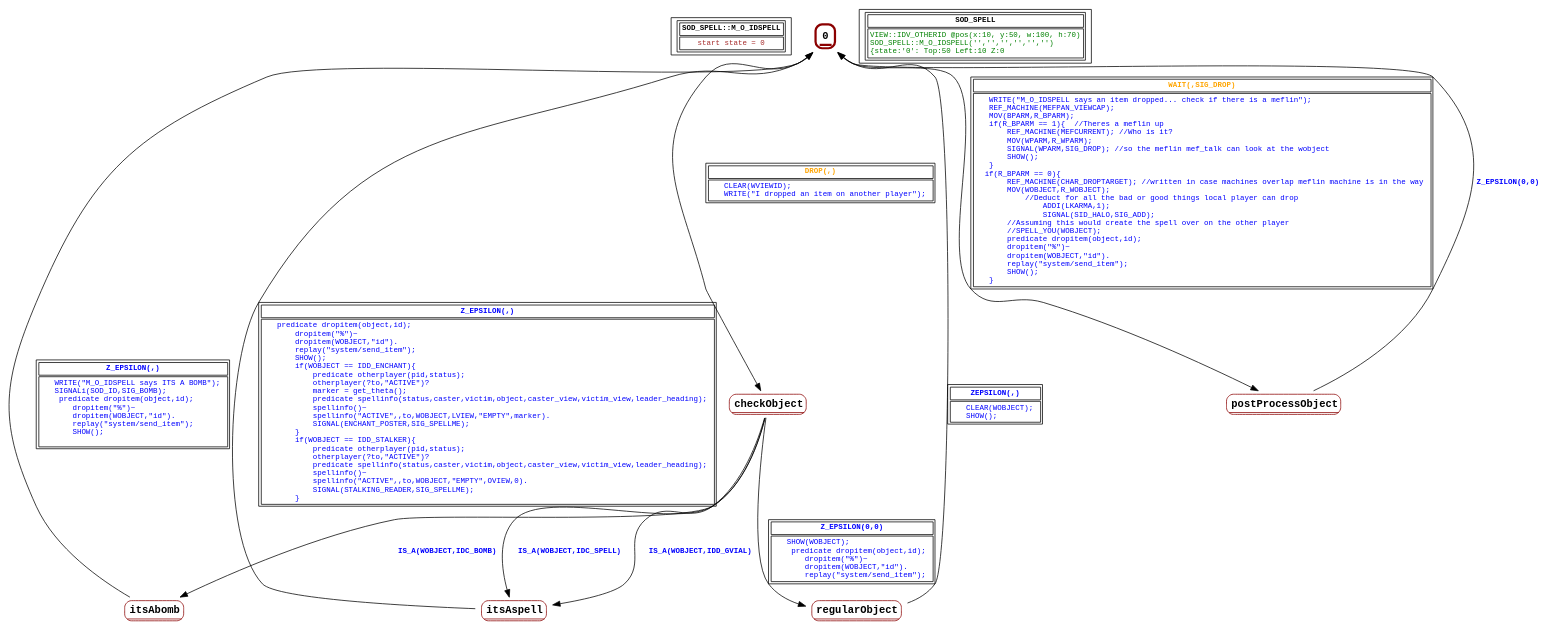
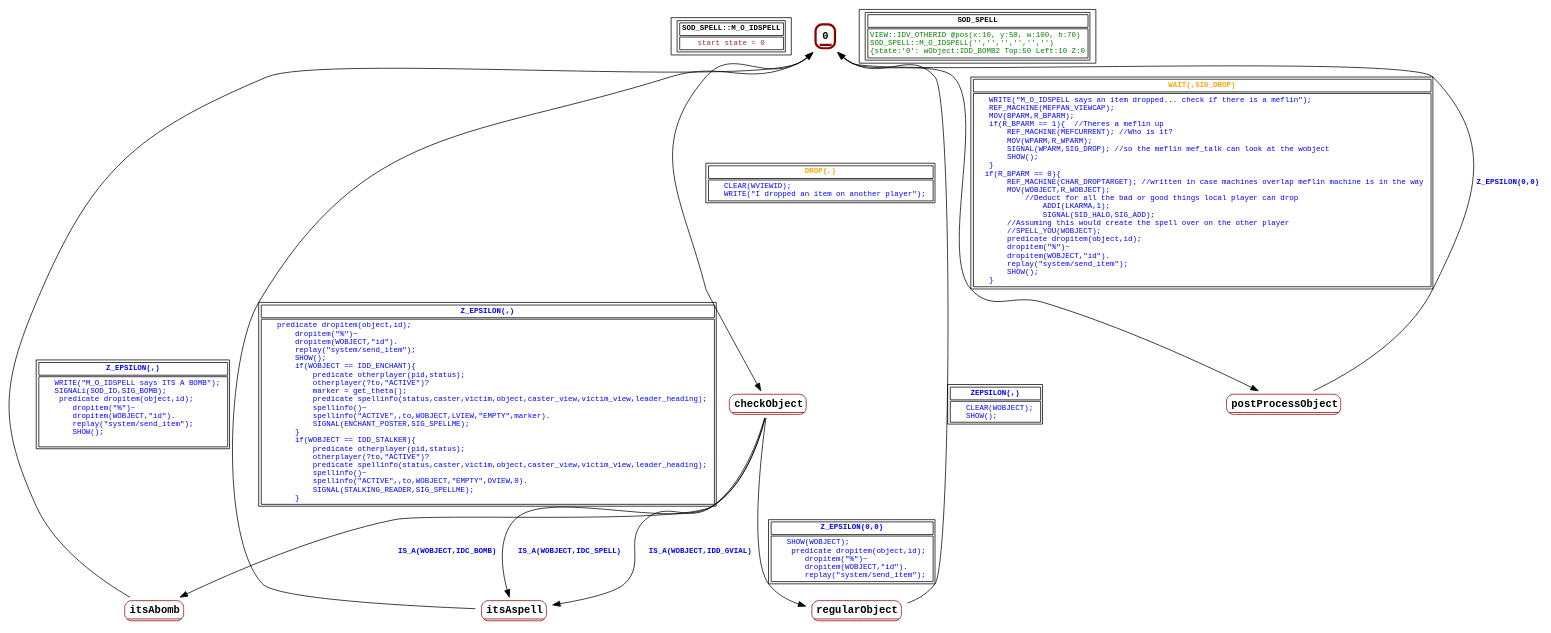
The diagram in graphs/SOD_SPELL.dot (guy-stewart/AzariaCD), drawn with Graphviz before and after one commit. The commit also changed 26 other files, not shown here.

```diff
--- a/graphs/SOD_SPELL.dot
+++ b/graphs/SOD_SPELL.dot
@@ -1,52 +1,52 @@
 digraph Automaton {
  fontname="Courier New"
 	node [shape=oval, fontname="Courier New"];
 	filename[shape = record, fontsize=10, label=< <table border="1"><tr><td><b>SOD_SPELL::M_O_IDSPELL<br align="left"/></b></td></tr>
 <tr><td><font point-size="10" color ="brown">start state = 0<br align="left"/></font></td></tr></table>>
 ];
 	0[shape = none, fontsize=14, label=< <table border="3" color="darkred" style="rounded"><tr><td sides="b"><b>0<br align="left"/></b></td></tr>
 </table>>];
 "0" -> "checkObject" [fontcolor=orange,fontsize=10,fontname="Courier New", label=< <table border="1"><tr><td><b>DROP(,)<br align="left"/></b></td></tr>
 <tr><td><font point-size="10" color ="blue">    CLEAR(WVIEWID);<br align="left"/>    WRITE(&quot;I dropped an item on another player&quot;);<br align="left"/></font></td></tr></table>>
 ];
 "0" -> "postProcessObject" [fontcolor=orange,fontsize=10,fontname="Courier New", label=< <table border="1"><tr><td><b>WAIT(,SIG_DROP)<br align="left"/></b></td></tr>
 <tr><td><font point-size="10" color ="blue">    WRITE(&quot;M_O_IDSPELL says an item dropped... check if there is a meflin&quot;);<br align="left"/>    REF_MACHINE(MEFPAN_VIEWCAP);<br align="left"/>    MOV(BPARM,R_BPARM);<br align="left"/>    if(R_BPARM == 1)&#123;  //Theres a meflin up<br align="left"/>        REF_MACHINE(MEFCURRENT); //Who is it?<br align="left"/>        MOV(WPARM,R_WPARM);<br align="left"/>        SIGNAL(WPARM,SIG_DROP); //so the meflin mef_talk can look at the wobject<br align="left"/>        SHOW();<br align="left"/>    &#125;<br align="left"/>   if(R_BPARM == 0)&#123;<br align="left"/>        REF_MACHINE(CHAR_DROPTARGET); //written in case machines overlap meflin machine is in the way<br align="left"/>        MOV(WOBJECT,R_WOBJECT);<br align="left"/>            //Deduct for all the bad or good things local player can drop <br align="left"/>                ADDI(LKARMA,1); <br align="left"/>                SIGNAL(SID_HALO,SIG_ADD);<br align="left"/>        //Assuming this would create the spell over on the other player<br align="left"/>        //SPELL_YOU(WOBJECT);<br align="left"/>        predicate dropitem(object,id);<br align="left"/>        dropitem(&quot;%&quot;)~<br align="left"/>        dropitem(WOBJECT,&quot;id&quot;).<br align="left"/>        replay(&quot;system/send_item&quot;);<br align="left"/>        SHOW();<br align="left"/>    &#125; <br align="left"/></font></td></tr></table>>
 ];
 	checkObject[shape = none, fontsize=14, label=< <table border="1" color="darkred" style="rounded"><tr><td sides="b"><b>checkObject<br align="left"/></b></td></tr>
 </table>>];
 "checkObject" -> "itsAbomb" [fontcolor=blue,fontsize=10,fontname="Courier New", label=< <table border="0"><tr><td><b>IS_A(WOBJECT,IDC_BOMB)<br align="left"/></b></td></tr>
 </table>>
 ];
 "checkObject" -> "itsAspell" [fontcolor=blue,fontsize=10,fontname="Courier New", label=< <table border="0"><tr><td><b>IS_A(WOBJECT,IDC_SPELL)<br align="left"/></b></td></tr>
 </table>>
 ];
 "checkObject" -> "itsAspell" [fontcolor=blue,fontsize=10,fontname="Courier New", label=< <table border="0"><tr><td><b>IS_A(WOBJECT,IDD_GVIAL)<br align="left"/></b></td></tr>
 </table>>
 ];
 "checkObject" -> "regularObject" [fontcolor=blue,fontsize=10,fontname="Courier New", label=< <table border="1"><tr><td><b>Z_EPSILON(0,0)<br align="left"/></b></td></tr>
 <tr><td><font point-size="10" color ="blue">    SHOW(WOBJECT);<br align="left"/>     predicate dropitem(object,id);<br align="left"/>        dropitem(&quot;%&quot;)~<br align="left"/>        dropitem(WOBJECT,&quot;id&quot;).<br align="left"/>        replay(&quot;system/send_item&quot;);<br align="left"/></font></td></tr></table>>
 ];
 	itsAbomb[shape = none, fontsize=14, label=< <table border="1" color="darkred" style="rounded"><tr><td sides="b"><b>itsAbomb<br align="left"/></b></td></tr>
 </table>>];
 "itsAbomb" -> "0" [fontcolor=blue,fontsize=10,fontname="Courier New", label=< <table border="1"><tr><td><b>Z_EPSILON(,)<br align="left"/></b></td></tr>
 <tr><td><font point-size="10" color ="blue">    WRITE(&quot;M_O_IDSPELL says ITS A BOMB&quot;);<br align="left"/>    SIGNALi(SOD_ID,SIG_BOMB);<br align="left"/>     predicate dropitem(object,id);<br align="left"/>        dropitem(&quot;%&quot;)~<br align="left"/>        dropitem(WOBJECT,&quot;id&quot;).<br align="left"/>        replay(&quot;system/send_item&quot;);<br align="left"/>        SHOW();<br align="left"/>    <br align="left"/></font></td></tr></table>>
 ];
 	itsAspell[shape = none, fontsize=14, label=< <table border="1" color="darkred" style="rounded"><tr><td sides="b"><b>itsAspell<br align="left"/></b></td></tr>
 </table>>];
 "itsAspell" -> "0" [fontcolor=blue,fontsize=10,fontname="Courier New", label=< <table border="1"><tr><td><b>Z_EPSILON(,)<br align="left"/></b></td></tr>
 <tr><td><font point-size="10" color ="blue">    predicate dropitem(object,id);<br align="left"/>        dropitem(&quot;%&quot;)~<br align="left"/>        dropitem(WOBJECT,&quot;id&quot;).<br align="left"/>        replay(&quot;system/send_item&quot;);<br align="left"/>        SHOW();<br align="left"/>        if(WOBJECT == IDD_ENCHANT)&#123;<br align="left"/>            predicate otherplayer(pid,status);<br align="left"/>            otherplayer(?to,&quot;ACTIVE&quot;)?<br align="left"/>            marker = get_theta(); <br align="left"/>            predicate spellinfo(status,caster,victim,object,caster_view,victim_view,leader_heading);<br align="left"/>            spellinfo()~<br align="left"/>            spellinfo(&quot;ACTIVE&quot;,,to,WOBJECT,LVIEW,&quot;EMPTY&quot;,marker).<br align="left"/>            SIGNAL(ENCHANT_POSTER,SIG_SPELLME);<br align="left"/>        &#125;<br align="left"/>        if(WOBJECT == IDD_STALKER)&#123;<br align="left"/>            predicate otherplayer(pid,status);<br align="left"/>            otherplayer(?to,&quot;ACTIVE&quot;)?<br align="left"/>            predicate spellinfo(status,caster,victim,object,caster_view,victim_view,leader_heading);<br align="left"/>            spellinfo()~<br align="left"/>            spellinfo(&quot;ACTIVE&quot;,,to,WOBJECT,&quot;EMPTY&quot;,OVIEW,0).<br align="left"/>            SIGNAL(STALKING_READER,SIG_SPELLME);<br align="left"/>        &#125;<br align="left"/></font></td></tr></table>>
 ];
 	postProcessObject[shape = none, fontsize=14, label=< <table border="1" color="darkred" style="rounded"><tr><td sides="b"><b>postProcessObject<br align="left"/></b></td></tr>
 </table>>];
 "postProcessObject" -> "0" [fontcolor=blue,fontsize=10,fontname="Courier New", label=< <table border="0"><tr><td><b>Z_EPSILON(0,0)<br align="left"/></b></td></tr>
 </table>>
 ];
 	regularObject[shape = none, fontsize=14, label=< <table border="1" color="darkred" style="rounded"><tr><td sides="b"><b>regularObject<br align="left"/></b></td></tr>
 </table>>];
 "regularObject" -> "0" [fontcolor=blue,fontsize=10,fontname="Courier New", label=< <table border="1"><tr><td><b>ZEPSILON(,)<br align="left"/></b></td></tr>
 <tr><td><font point-size="10" color ="blue">    CLEAR(WOBJECT);<br align="left"/>    SHOW();<br align="left"/></font></td></tr></table>>
 ];
 	status[shape = record, fontsize=10, label=< <table border="1"><tr><td><b>SOD_SPELL<br align="left"/></b></td></tr>
-<tr><td><font point-size="10" color ="green">VIEW::IDV_OTHERID @pos(x:10, y:50, w:100, h:70)<br align="left"/>SOD_SPELL::M_O_IDSPELL(&apos;&apos;,&apos;&apos;,&apos;&apos;,&apos;&apos;,&apos;&apos;,&apos;&apos;)<br align="left"/>			&#123;state:&apos;0&apos;: Top:50 Left:10 Z:0<br align="left"/></font></td></tr></table>>
+<tr><td><font point-size="10" color ="green">VIEW::IDV_OTHERID @pos(x:10, y:50, w:100, h:70)<br align="left"/>SOD_SPELL::M_O_IDSPELL(&apos;&apos;,&apos;&apos;,&apos;&apos;,&apos;&apos;,&apos;&apos;,&apos;&apos;)<br align="left"/>			&#123;state:&apos;0&apos;: wObject:IDD_BOMB2 Top:50 Left:10 Z:0<br align="left"/></font></td></tr></table>>
 ];
 }
```
